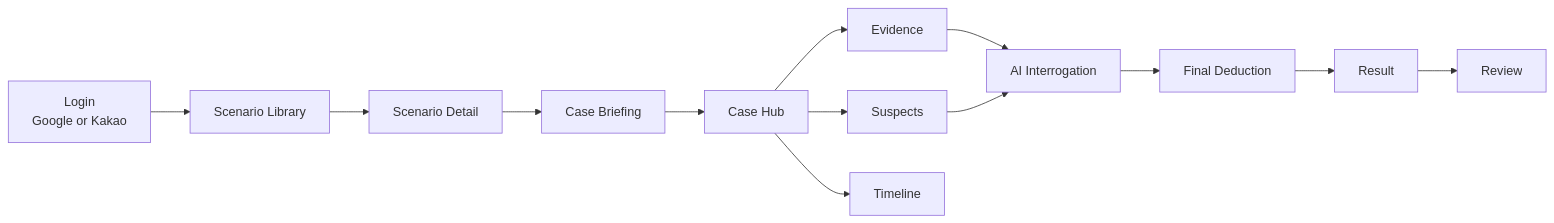
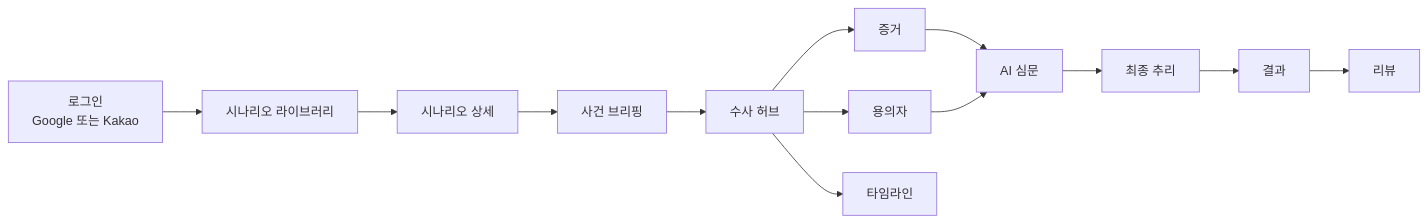
Before and after one commit to Final-Project-sixteam-company/clueroom-web-fe: the diagram in README.md, drawn with Mermaid. The commit also changed other lines of this file, not shown here.

````diff
--- a/README.md
+++ b/README.md
@@ -41,15 +41,15 @@
 ```mermaid
 flowchart LR
-  Login[Login<br/>Google or Kakao] --> Library[Scenario Library]
-  Library --> Detail[Scenario Detail]
-  Detail --> Briefing[Case Briefing]
-  Briefing --> Hub[Case Hub]
-  Hub --> Evidence[Evidence]
-  Hub --> Suspects[Suspects]
-  Hub --> Timeline[Timeline]
-  Evidence --> Interrogation[AI Interrogation]
+  Login[로그인<br/>Google 또는 Kakao] --> Library[시나리오 라이브러리]
+  Library --> Detail[시나리오 상세]
+  Detail --> Briefing[사건 브리핑]
+  Briefing --> Hub[수사 허브]
+  Hub --> Evidence[증거]
+  Hub --> Suspects[용의자]
+  Hub --> Timeline[타임라인]
+  Evidence --> Interrogation[AI 심문]
   Suspects --> Interrogation
-  Interrogation --> Deduction[Final Deduction]
-  Deduction --> Result[Result]
-  Result --> Review[Review]
+  Interrogation --> Deduction[최종 추리]
+  Deduction --> Result[결과]
+  Result --> Review[리뷰]
 ```
````
